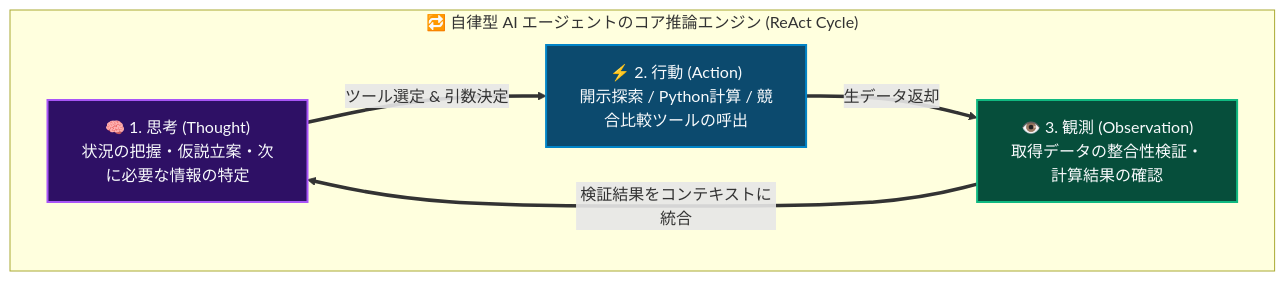
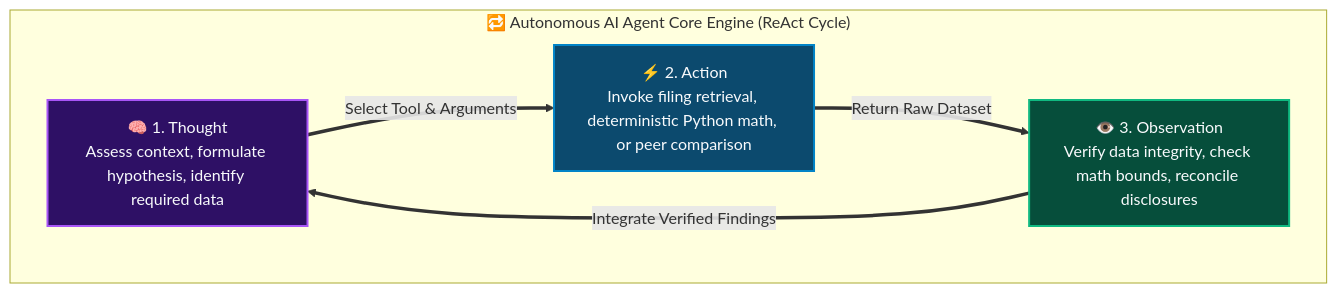
One commit to zuyingwo-lenovo/Agent-Finance changed the first of 2 diagrams in README.md. Above: the diagram before and after it, drawn with Mermaid. The commit also changed other lines of this file and 7 other files, not shown here.

````diff
--- a/README.md
+++ b/README.md
@@ -46,22 +62,22 @@
 ```mermaid
 flowchart LR
-    %% スタイル定義
+    %% Style definitions
     classDef thoughtStyle fill:#2e1065,stroke:#a855f7,stroke-width:2px,color:#f8fafc;
     classDef actionStyle fill:#0c4a6e,stroke:#0284c7,stroke-width:2px,color:#f8fafc;
     classDef obsStyle fill:#064e3b,stroke:#10b981,stroke-width:2px,color:#f8fafc;
 
-    subgraph ReActEngine ["🔁 自律型 AI エージェントのコア推論エンジン (ReAct Cycle)"]
+    subgraph ReActEngine ["🔁 Autonomous AI Agent Core Engine (ReAct Cycle)"]
         direction LR
-        T["🧠 1. 思考 (Thought)<br>状況の把握・仮説立案・次に必要な情報の特定"]
-        A["⚡ 2. 行動 (Action)<br>開示探索 / Python計算 / 競合比較ツールの呼出"]
-        O["👁️ 3. 観測 (Observation)<br>取得データの整合性検証・計算結果の確認"]
+        T["🧠 1. Thought<br>Assess context, formulate hypothesis, identify required data"]
+        A["⚡ 2. Action<br>Invoke filing retrieval, deterministic Python math, or peer comparison"]
+        O["👁️ 3. Observation<br>Verify data integrity, check math bounds, reconcile disclosures"]
 
-        T ==>|"ツール選定 & 引数決定"| A
-        A ==>|"生データ返却"| O
-        O ==>|"検証結果をコンテキストに統合"| T
+        T ==>|"Select Tool & Arguments"| A
+        A ==>|"Return Raw Dataset"| O
+        O ==>|"Integrate Verified Findings"| T
     end
 
     class T thoughtStyle;
     class A actionStyle;
     class O obsStyle;
 ```
````
